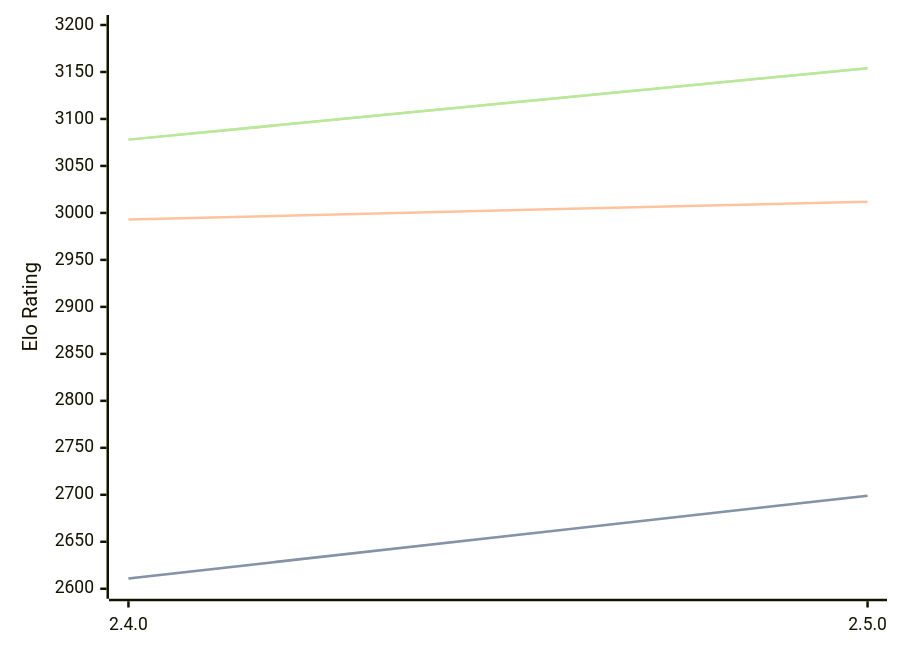
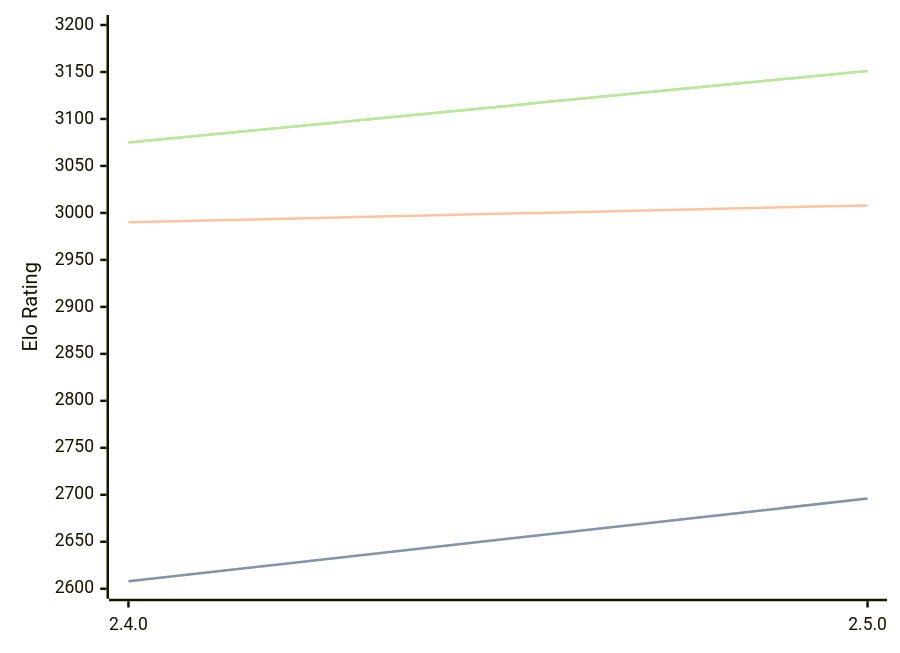
Before and after one commit to computer-chess-index/cci: the diagram in engines/Sturddle2.md, drawn with Mermaid. The commit also changed other lines of this file, not shown here.

Commit message:
Update CCI Ratings (ELO VLTC) - 2026-06-08

````diff
--- a/engines/Sturddle2.md
+++ b/engines/Sturddle2.md
@@ -37,11 +37,11 @@
 ```mermaid
 %%{init: {"theme":"base","themeVariables":{"seriesColors:['#a3a3a3','#222221','#faa371']}}}%%
 xychart-beta
   x-axis ["2.4.0", "2.5.0"]
   y-axis "Elo Rating" 2600 --> 3200
-  line "STC (8.0+0.08s)" [2611, 2699]
-  line "STC (8.0+0.08s)" [2611, 2699]
-  line "LTC (60.0+0.60s)" [2993, 3012]
-  line "VLTC (2m24s+1.12s)" [3078, 3154]
-  line "VLTC (2m24s+1.12s)" [3078, 3154]
+  line "STC (8.0+0.08s)" [2608, 2696]
+  line "STC (8.0+0.08s)" [2608, 2696]
+  line "LTC (60.0+0.60s)" [2990, 3008]
+  line "VLTC (2m24s+1.12s)" [3075, 3151]
+  line "VLTC (2m24s+1.12s)" [3075, 3151]
 ```
````
